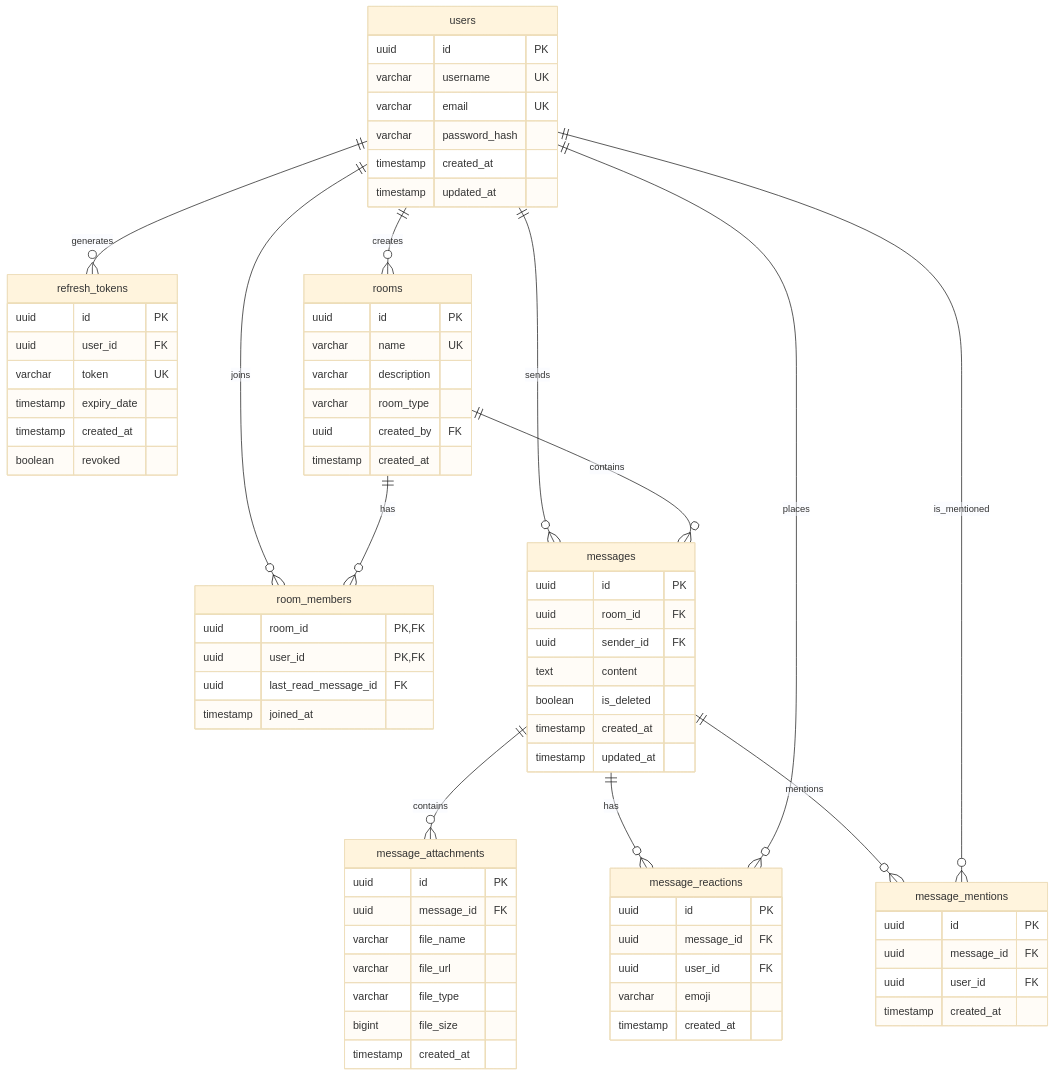
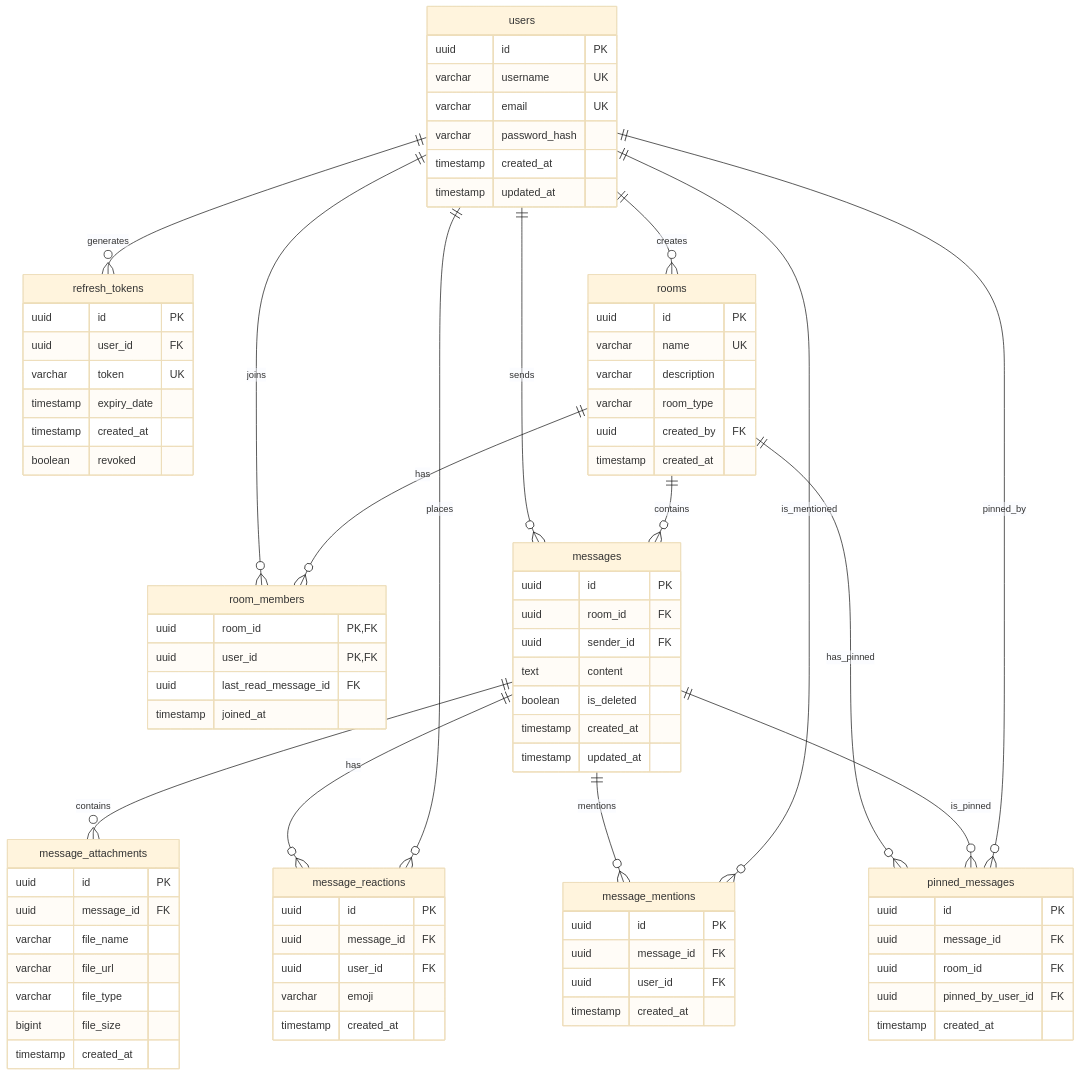
Before and after one commit to rishi-18/realtime-chat-application: the diagram in docs/database-design.md, drawn with Mermaid (base theme). The commit also changed other lines of this file and 17 other files, not shown here.

````diff
--- a/docs/database-design.md
+++ b/docs/database-design.md
@@ -69,6 +69,13 @@
         uuid user_id FK
         timestamp created_at
     }
+    pinned_messages {
+        uuid id PK
+        uuid message_id FK
+        uuid room_id FK
+        uuid pinned_by_user_id FK
+        timestamp created_at
+    }
 
     users ||--o{ refresh_tokens : "generates"
     users ||--o{ rooms : "creates"
@@ -81,4 +88,7 @@
     users ||--o{ message_reactions : "places"
     messages ||--o{ message_mentions : "mentions"
     users ||--o{ message_mentions : "is_mentioned"
+    rooms ||--o{ pinned_messages : "has_pinned"
+    messages ||--o{ pinned_messages : "is_pinned"
+    users ||--o{ pinned_messages : "pinned_by"
 ```
````
